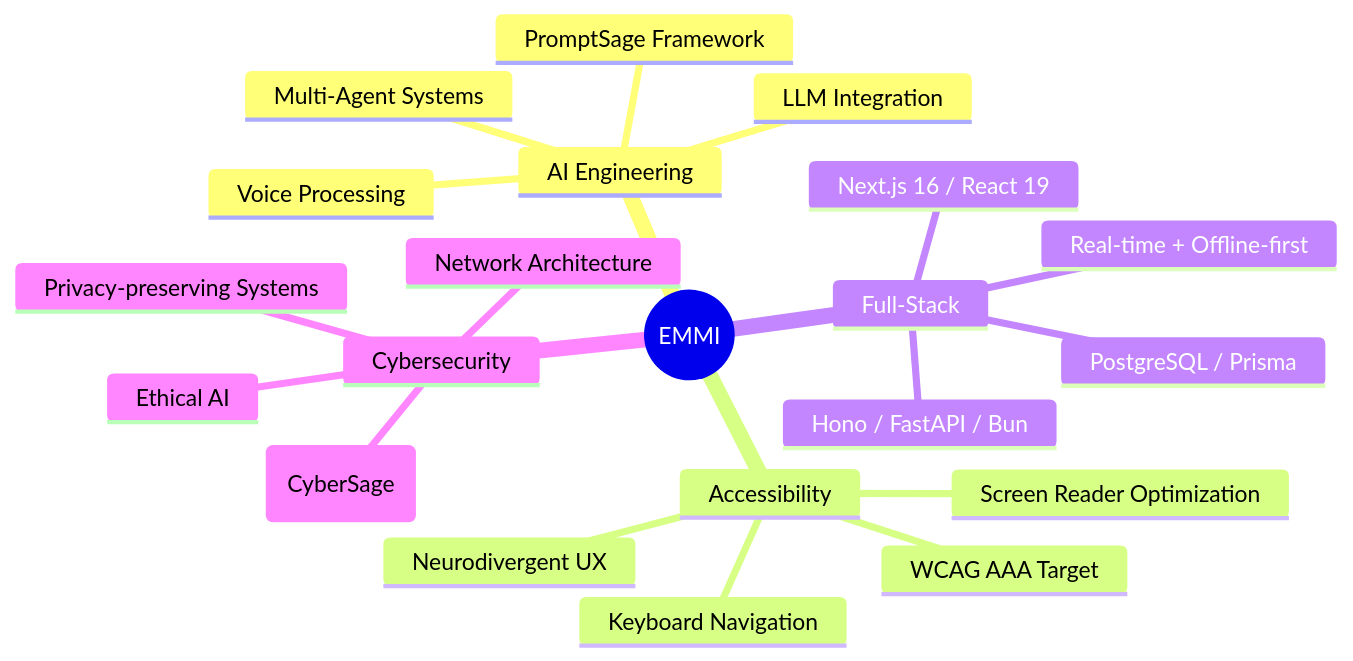
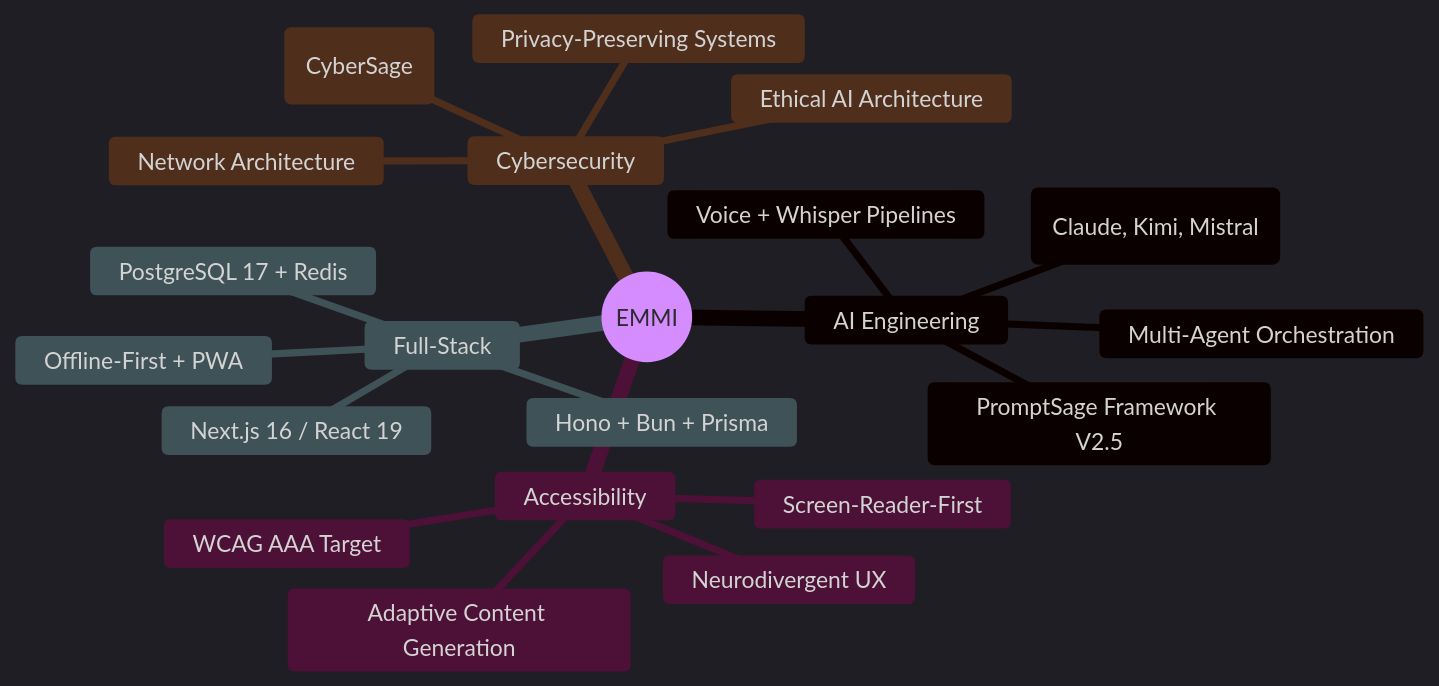
One commit to EmminiX/EmminiX changed the diagram in README.md. Above: the diagram before and after it, drawn with Mermaid. The commit also changed other lines of this file, not shown here.

````diff
--- a/README.md
+++ b/README.md
@@ -213,24 +353,25 @@
 ```mermaid
+%%{init: {'theme':'dark', 'themeVariables': { 'primaryColor':'#0F172A','primaryTextColor':'#F8FAFC','primaryBorderColor':'#22C55E','lineColor':'#22C55E','secondaryColor':'#B026FF','tertiaryColor':'#0EA5E9'}}}%%
 mindmap
   root((EMMI))
     AI Engineering
-      Multi-Agent Systems
-      PromptSage Framework
-      LLM Integration
-      Voice Processing
+      Multi-Agent Orchestration
+      PromptSage Framework V2.5
+      LLM Integration (Claude, Kimi, Mistral)
+      Voice + Whisper Pipelines
     Accessibility
       WCAG AAA Target
       Neurodivergent UX
-      Screen Reader Optimization
-      Keyboard Navigation
+      Adaptive Content Generation
+      Screen-Reader-First
     Full-Stack
       Next.js 16 / React 19
-      Hono / FastAPI / Bun
-      PostgreSQL / Prisma
-      Real-time + Offline-first
+      Hono + Bun + Prisma
+      PostgreSQL 17 + Redis
+      Offline-First + PWA
     Cybersecurity
       Offensive Security (CyberSage)
+      Privacy-Preserving Systems
       Network Architecture
-      Privacy-preserving Systems
-      Ethical AI
+      Ethical AI Architecture
 ```
````
